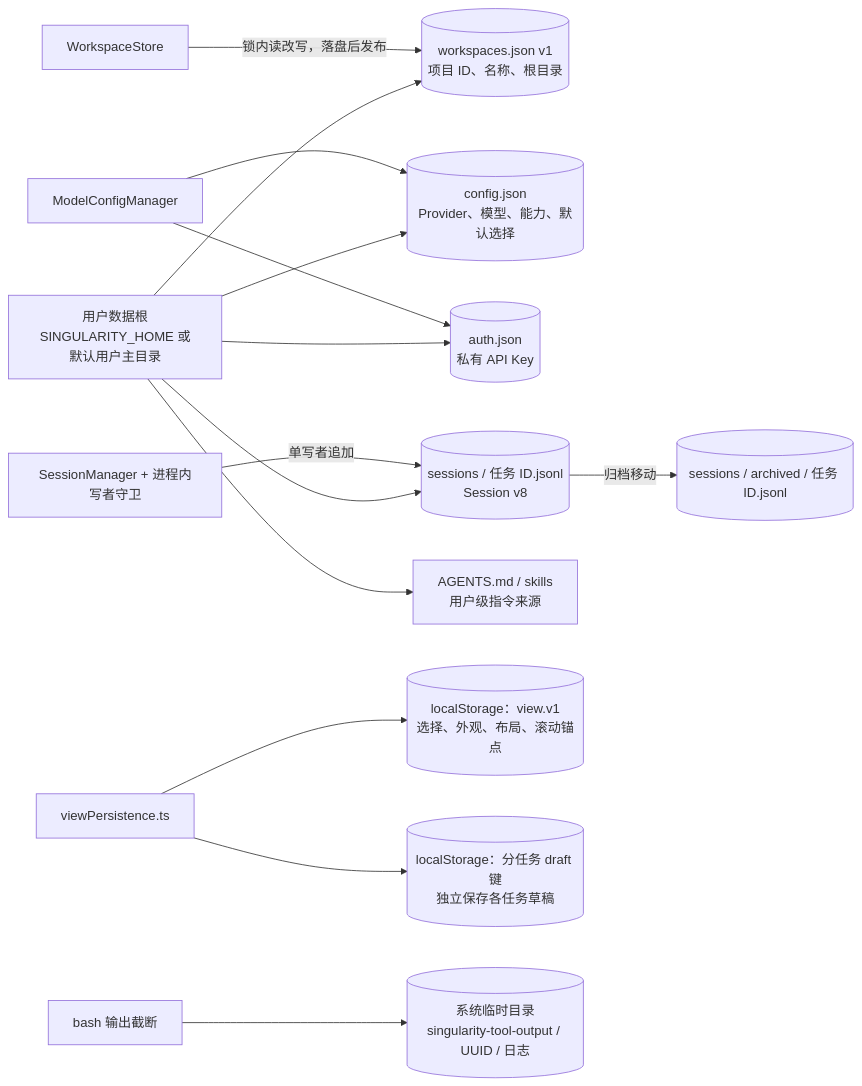
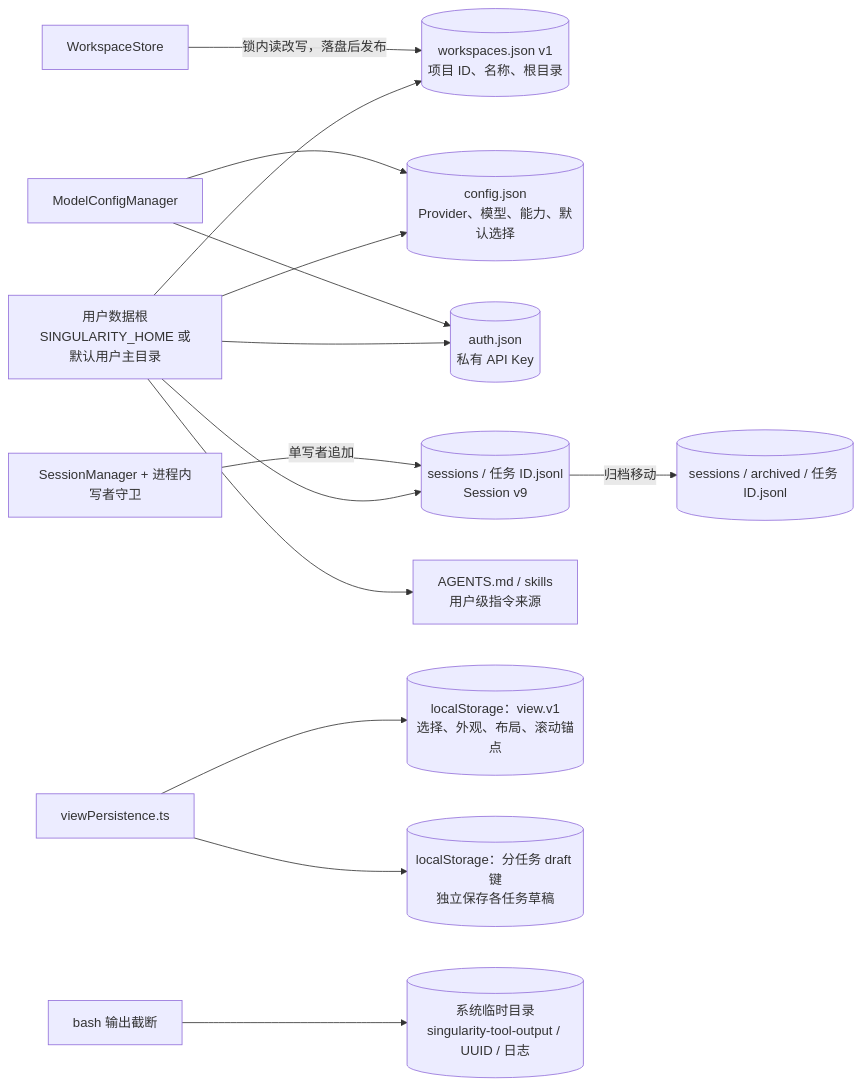
The sixth of 29 diagrams in docs/architecture.md (qjcnmd/singularity-agent), drawn with Mermaid before and after one commit. The commit also changed other lines of this file and 27 other files, not shown here.

````diff
--- a/docs/architecture.md
+++ b/docs/architecture.md
@@ -155,16 +155,16 @@
 ```mermaid
 flowchart LR
     Home["用户数据根<br/>SINGULARITY_HOME 或默认用户主目录"] --> WorkspaceRegistryFile[("workspaces.json v1<br/>项目 ID、名称、根目录")]
     Home --> Config[("config.json<br/>Provider、模型、能力、默认选择")]
     Home --> Auth[("auth.json<br/>私有 API Key")]
-    Home --> Ledger[("sessions / 任务 ID.jsonl<br/>Session v8")]
+    Home --> Ledger[("sessions / 任务 ID.jsonl<br/>Session v9")]
     Ledger -->|"归档移动"| Archive[("sessions / archived / 任务 ID.jsonl")]
     Home --> Instructions["AGENTS.md / skills<br/>用户级指令来源"]
     WorkspaceStore["WorkspaceStore"] -->|"锁内读改写，落盘后发布"| WorkspaceRegistryFile
     ModelManager["ModelConfigManager"] --> Config
     ModelManager --> Auth
     Manager["SessionManager + 进程内写者守卫"] -->|"单写者追加"| Ledger
     Browser["viewPersistence.ts"] --> View[("localStorage：view.v1<br/>选择、外观、布局、滚动锚点")]
     Browser --> Draft[("localStorage：分任务 draft 键<br/>独立保存各任务草稿")]
     Bash["bash 输出截断"] --> Temp[("系统临时目录<br/>singularity-tool-output / UUID / 日志")]
 ```
````
